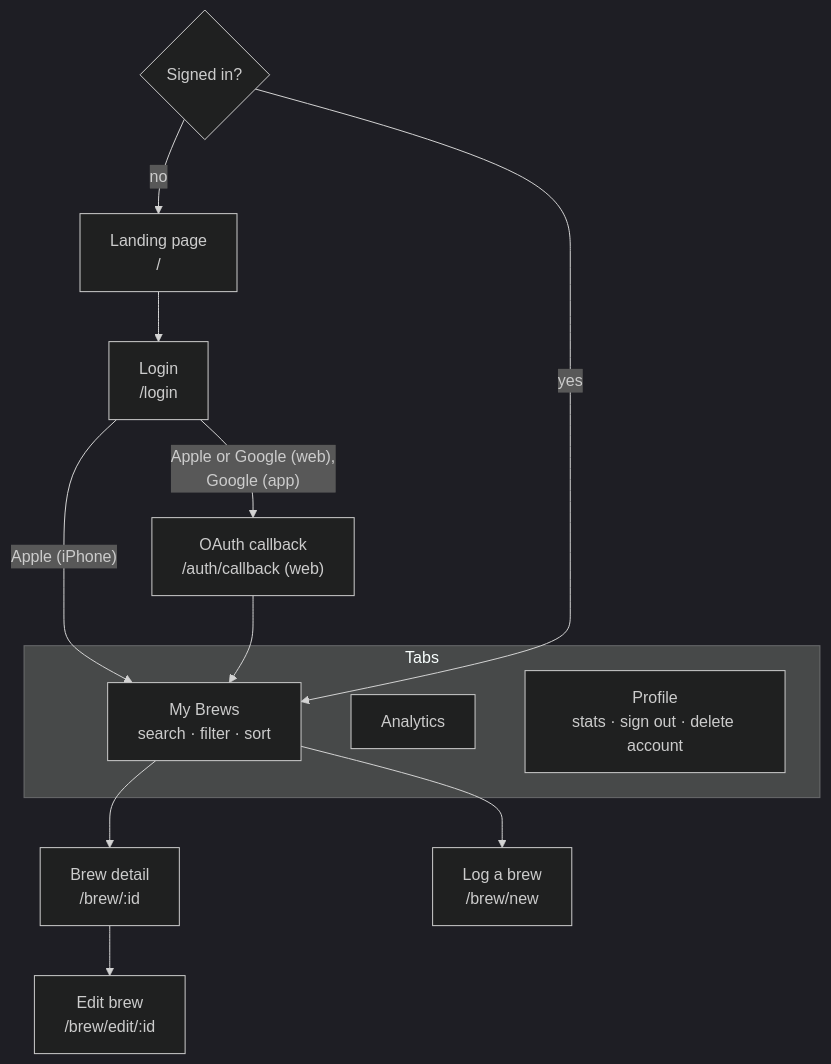
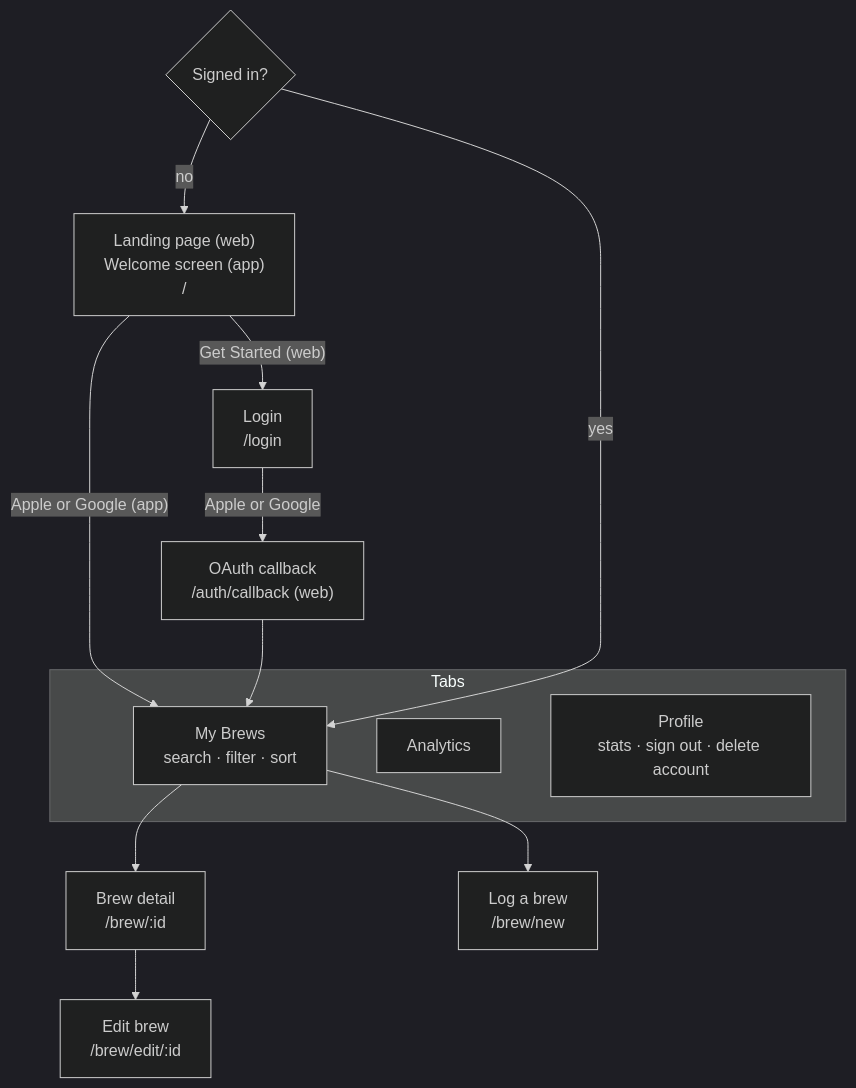
The second of 6 diagrams in README.md (antmelon/BruLogger), drawn with Mermaid (dark theme) before and after one commit. The commit also changed other lines of this file and 6 other files, not shown here.

First line of the commit message:
App: a one-screen welcome with the sign-in buttons

````diff
--- a/README.md
+++ b/README.md
@@ -81,20 +81,20 @@
 ```mermaid
 flowchart TD
   gate{"Signed in?"}
-  gate -- no --> landing["Landing page<br/>/"]
-  landing --> login["Login<br/>/login"]
-  login -- "Apple or Google (web),<br/>Google (app)" --> callback["OAuth callback<br/>/auth/callback (web)"]
-  login -- "Apple (iPhone)" --> list
+  gate -- no --> landing["Landing page (web)<br/>Welcome screen (app)<br/>/"]
+  landing -- "Get Started (web)" --> login["Login<br/>/login"]
+  landing -- "Apple or Google (app)" --> list
+  login -- "Apple or Google" --> callback["OAuth callback<br/>/auth/callback (web)"]
   callback --> list
   gate -- yes --> list
 
   subgraph tabs [Tabs]
     list["My Brews<br/>search · filter · sort"]
     analytics["Analytics"]
     profile["Profile<br/>stats · sign out · delete account"]
   end
 
   list --> detail["Brew detail<br/>/brew/:id"]
   list --> new["Log a brew<br/>/brew/new"]
   detail --> edit["Edit brew<br/>/brew/edit/:id"]
 ```
````
